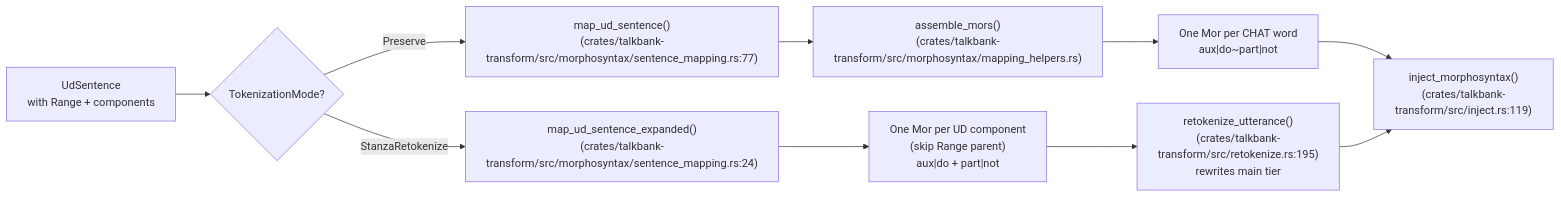
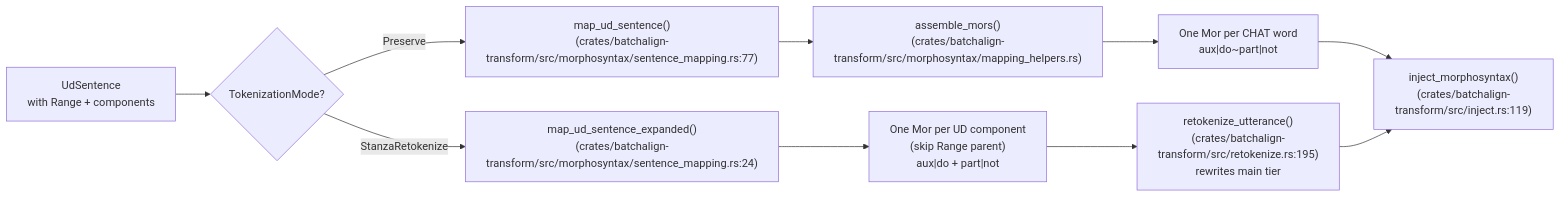
One commit to TalkBank/talkbank-tools changed the third of 4 diagrams in book/src/batchalign/reference/morphotag-retokenization.md. Above: the diagram before and after it, drawn with Mermaid. The commit also changed other lines of this file and 66 other files, not shown here.

````diff
--- a/book/src/batchalign/reference/morphotag-retokenization.md
+++ b/book/src/batchalign/reference/morphotag-retokenization.md
@@ -207,15 +207,15 @@
 ```mermaid
 flowchart LR
     UD["UdSentence\nwith Range + components"] --> Branch{"TokenizationMode?"}
 
-    Branch -->|"Preserve"| Merge["map_ud_sentence()\n(crates/talkbank-transform/src/morphosyntax/sentence_mapping.rs:77)"]
-    Merge --> Assemble["assemble_mors()\n(crates/talkbank-transform/src/morphosyntax/mapping_helpers.rs)"]
+    Branch -->|"Preserve"| Merge["map_ud_sentence()\n(crates/batchalign-transform/src/morphosyntax/sentence_mapping.rs:77)"]
+    Merge --> Assemble["assemble_mors()\n(crates/batchalign-transform/src/morphosyntax/mapping_helpers.rs)"]
     Assemble --> OneMor["One Mor per CHAT word\naux|do~part|not"]
 
-    Branch -->|"StanzaRetokenize"| Expand["map_ud_sentence_expanded()\n(crates/talkbank-transform/src/morphosyntax/sentence_mapping.rs:24)"]
+    Branch -->|"StanzaRetokenize"| Expand["map_ud_sentence_expanded()\n(crates/batchalign-transform/src/morphosyntax/sentence_mapping.rs:24)"]
     Expand --> PerComp["One Mor per UD component\n(skip Range parent)\naux|do + part|not"]
-    PerComp --> Rewrite["retokenize_utterance()\n(crates/talkbank-transform/src/retokenize.rs:195)\nrewrites main tier"]
+    PerComp --> Rewrite["retokenize_utterance()\n(crates/batchalign-transform/src/retokenize.rs:195)\nrewrites main tier"]
 
-    OneMor --> Inject["inject_morphosyntax()\n(crates/talkbank-transform/src/inject.rs:119)"]
+    OneMor --> Inject["inject_morphosyntax()\n(crates/batchalign-transform/src/inject.rs:119)"]
     Rewrite --> Inject
 ```
````
